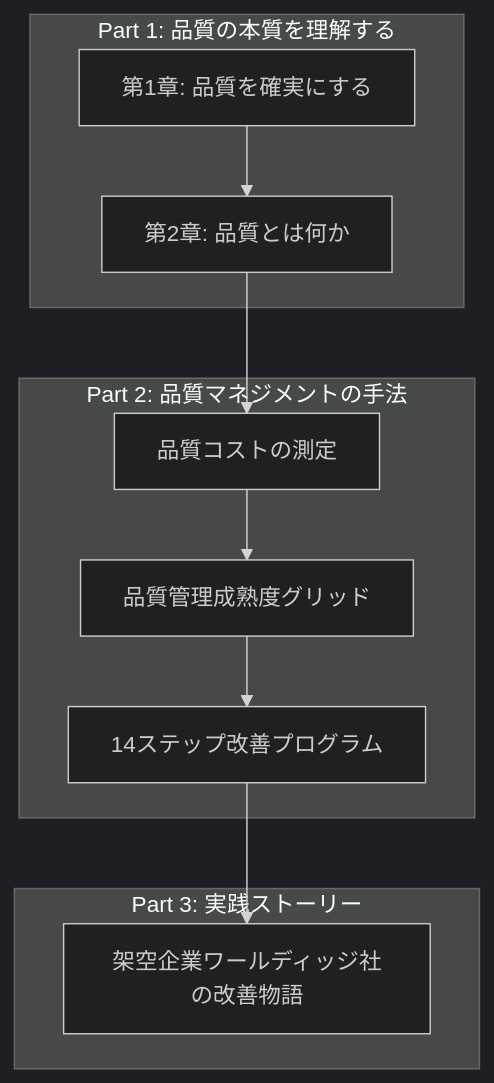
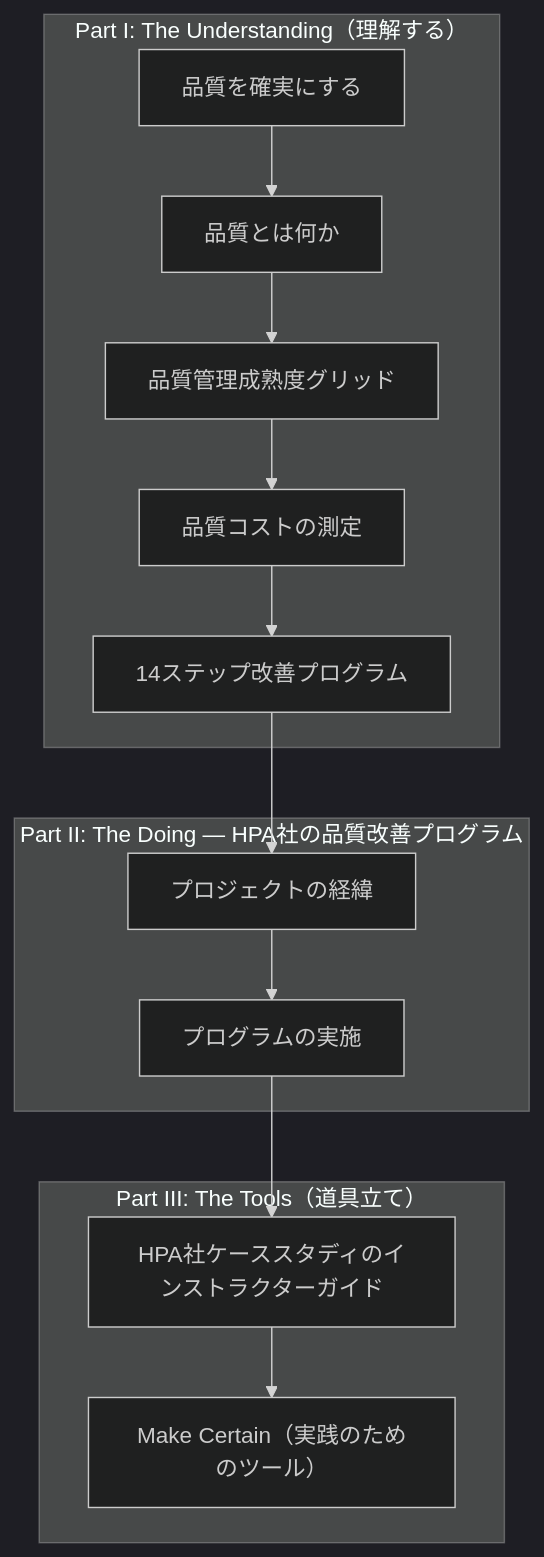
Before and after one commit to myoshi2891/Quality-Assurance-Studies: the first of 8 diagrams in Quality-is-free-guide.md, drawn with Mermaid (dark theme). The commit also changed other lines of this file and 1 other file, not shown here.

Commit message:
docs(books): Quality-is-free構成図・解説詳細化およびLegacy-code参照リンクのID記法修正
- Quality-is-free-guide: Part I〜IIIの構成図詳細化と各部解説の補強、DORA記事の出典・背景記述を整理
- Working-effectively-with-legacy-code-guide: 本文中の参考文献アンカーリンクを各ref-ID直接指定に更新

````diff
--- a/Quality-is-free-guide.md
+++ b/Quality-is-free-guide.md
@@ -71,19 +71,23 @@
 ```mermaid
 flowchart TB
-    subgraph PART1["Part 1: 品質の本質を理解する"]
-        A1["第1章: 品質を確実にする"]
-        A2["第2章: 品質とは何か"]
-        A1 --> A2
+    subgraph PART1["Part I: The Understanding（理解する）"]
+        A1["品質を確実にする"]
+        A2["品質とは何か"]
+        A3["品質管理成熟度グリッド"]
+        A4["品質コストの測定"]
+        A5["14ステップ改善プログラム"]
+        A1 --> A2 --> A3 --> A4 --> A5
     end
-    subgraph PART2["Part 2: 品質マネジメントの手法"]
-        B1["品質コストの測定"]
-        B2["品質管理成熟度グリッド"]
-        B3["14ステップ改善プログラム"]
-        B1 --> B2 --> B3
+    subgraph PART2["Part II: The Doing — HPA社の品質改善プログラム"]
+        B1["プロジェクトの経緯"]
+        B2["プログラムの実施"]
+        B1 --> B2
     end
-    subgraph PART3["Part 3: 実践ストーリー"]
-        C1["架空企業ワールディッジ社の改善物語"]
+    subgraph PART3["Part III: The Tools（道具立て）"]
+        C1["HPA社ケーススタディのインストラクターガイド"]
+        C2["Make Certain（実践のためのツール）"]
+        C1 --> C2
     end
-    A2 --> B1
-    B3 --> C1
+    A5 --> B1
+    B2 --> C1
 ```
````
